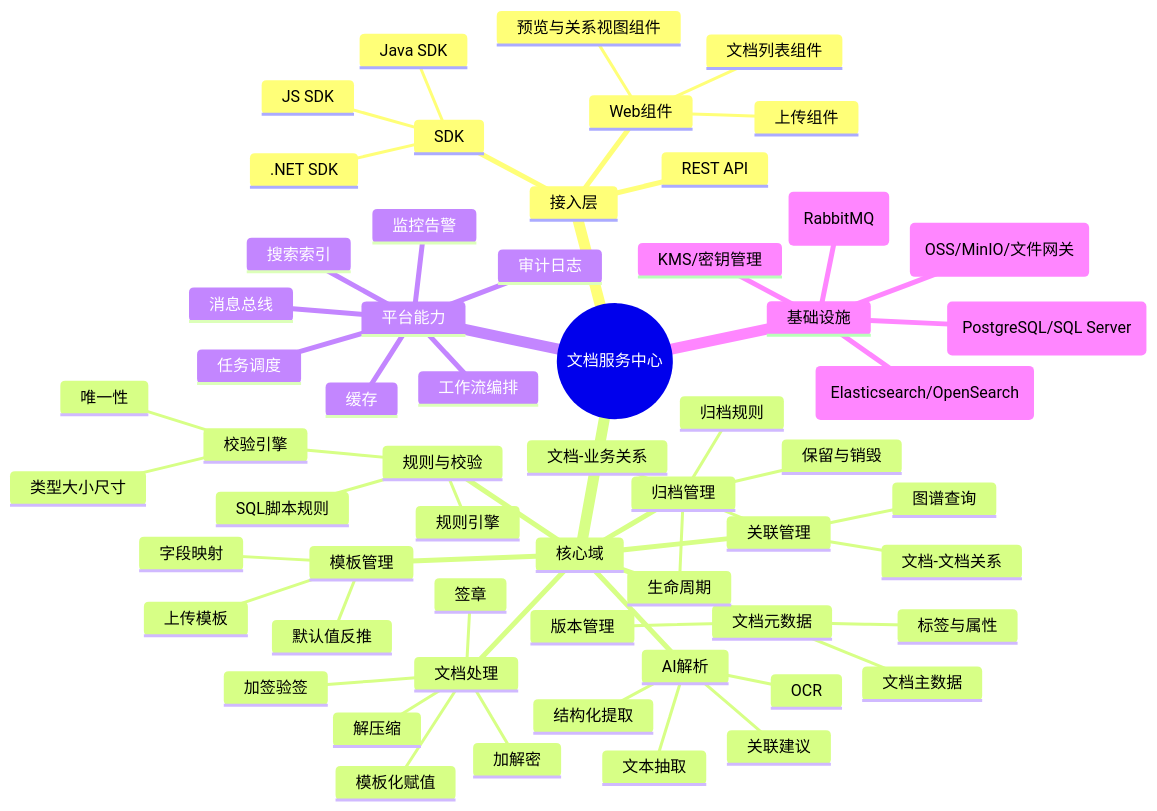
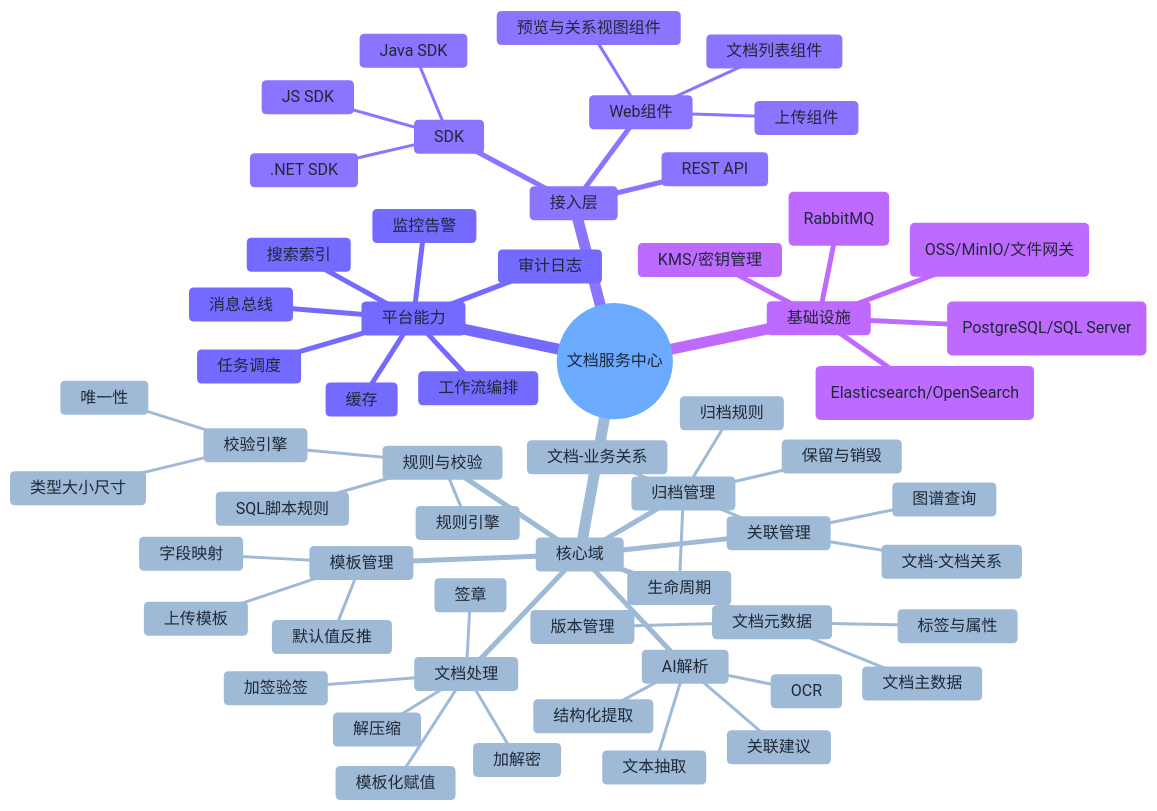
One commit to jeffzhou12/mini-etl changed the first of 4 diagrams in 文档数据中心设计.md. Above: the diagram before and after it, drawn with Mermaid.

````diff
--- a/文档数据中心设计.md
+++ b/文档数据中心设计.md
@@ -34,62 +34,63 @@
 ```mermaid
+%%{init: {"theme": "base", "themeVariables": {"background": "#ffffff", "primaryTextColor": "#1f2937", "textColor": "#1f2937", "lineColor": "#6b7280", "primaryColor": "#eaf3ff", "secondaryColor": "#f5f3ff", "tertiaryColor": "#f8fafc"}}}%%
 mindmap
   root((文档服务中心))
     接入层
       REST API
       SDK
         .NET SDK
         Java SDK
         JS SDK
       Web组件
         上传组件
         文档列表组件
         预览与关系视图组件
     核心域
       文档元数据
         文档主数据
         标签与属性
         版本管理
       归档管理
         归档规则
         生命周期
         保留与销毁
       关联管理
         文档-业务关系
         文档-文档关系
         图谱查询
       模板管理
         上传模板
         默认值反推
         字段映射
       规则与校验
         规则引擎
         SQL脚本规则
         校验引擎
           唯一性
           类型大小尺寸
       文档处理
         解压缩
         加解密
         签章
         加签验签
         模板化赋值
       AI解析
         OCR
         文本抽取
         结构化提取
         关联建议
     平台能力
       工作流编排
       任务调度
       消息总线
       缓存
       搜索索引
       审计日志
       监控告警
     基础设施
       对象存储(OSS/MinIO/文件网关)
       元数据数据库(PostgreSQL/SQL Server)
       搜索(Elasticsearch/OpenSearch)
       MQ(RabbitMQ)
       KMS/密钥管理
 ```
````
